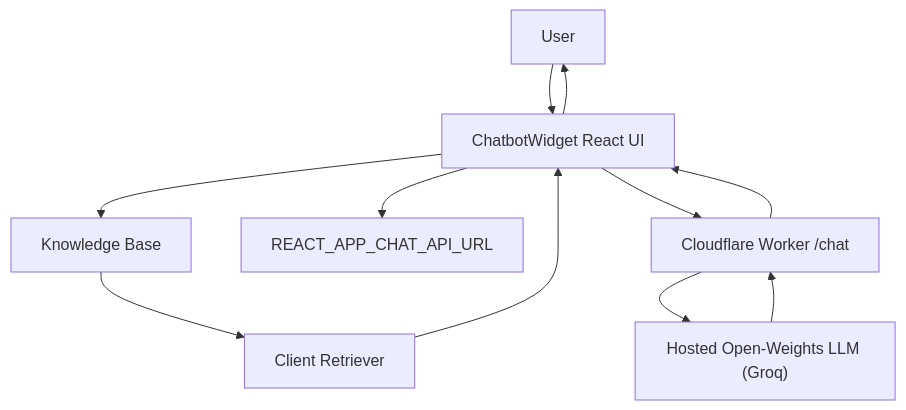
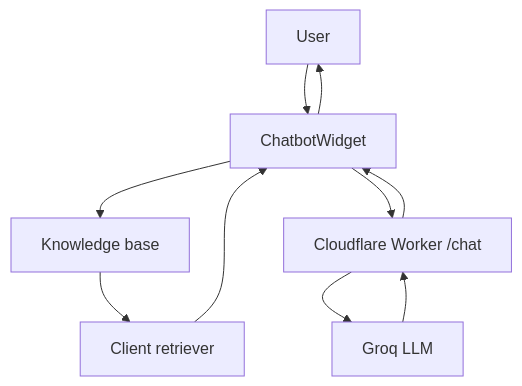
Before and after one commit to vishalkodam/Portfolio: the diagram in README.md, drawn with Mermaid. The commit also changed other lines of this file, not shown here.

````diff
--- a/README.md
+++ b/README.md
@@ -19,13 +123,12 @@
 ```mermaid
 flowchart TD
-  user[User] --> ui[ChatbotWidget React UI]
-  ui --> kb[Knowledge Base]
-  kb --> retriever[Client Retriever]
+  user[User] --> ui[ChatbotWidget]
+  ui --> kb[Knowledge base]
+  kb --> retriever[Client retriever]
   retriever --> ui
-  ui --> env[REACT_APP_CHAT_API_URL]
   ui --> api[Cloudflare Worker /chat]
-  api --> llm["Hosted Open-Weights LLM (Groq)"]
+  api --> llm[Groq LLM]
   llm --> api
   api --> ui
   ui --> user
 ```
````
